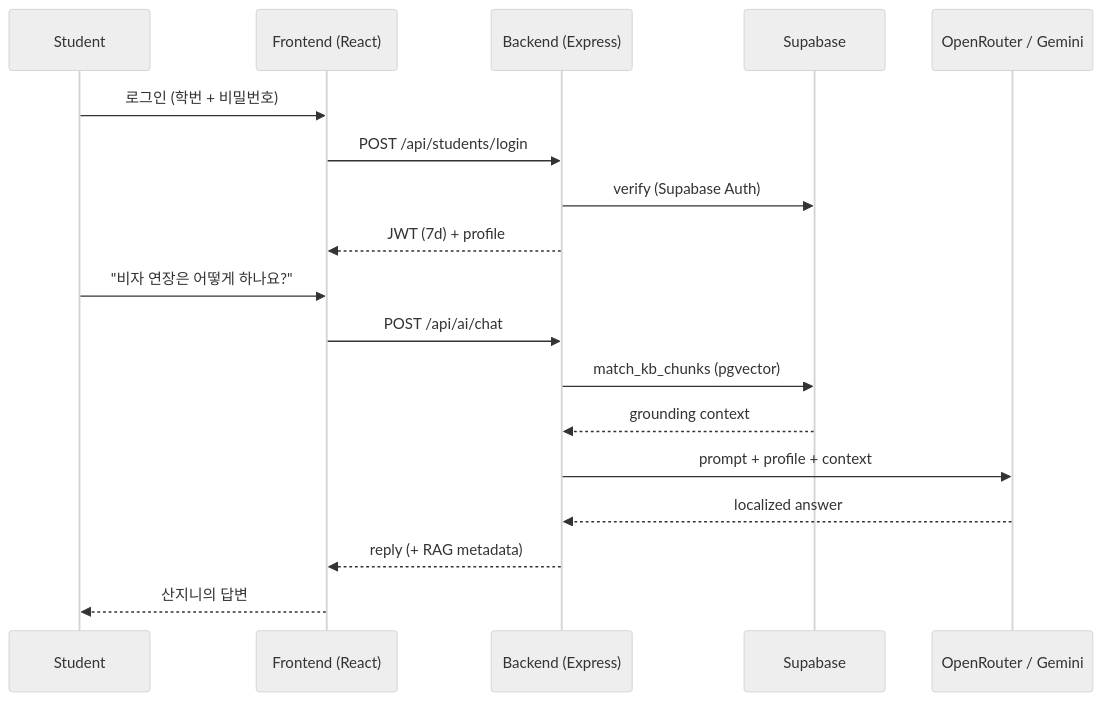
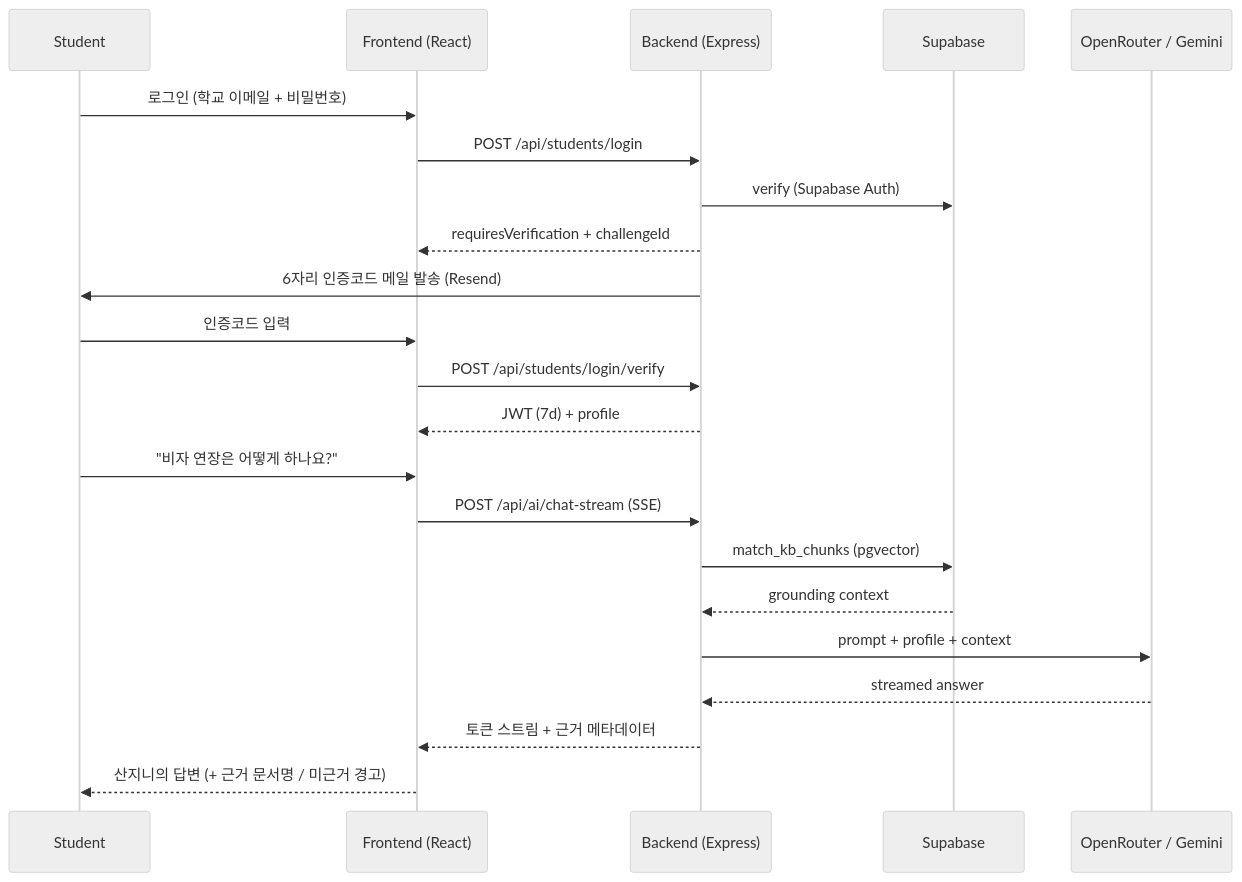
The third of 3 diagrams in README.md (Htet-Kaung-San/omo-korea), drawn with Mermaid (neutral theme) before and after one commit. The commit also changed other lines of this file and 2 other files, not shown here.

````diff
--- a/README.md
+++ b/README.md
@@ -141,21 +227,25 @@
 ```mermaid
 sequenceDiagram
     participant S as Student
     participant F as Frontend (React)
     participant B as Backend (Express)
     participant DB as Supabase
     participant AI as OpenRouter / Gemini
 
-    S->>F: 로그인 (학번 + 비밀번호)
+    S->>F: 로그인 (학교 이메일 + 비밀번호)
     F->>B: POST /api/students/login
     B->>DB: verify (Supabase Auth)
+    B-->>F: requiresVerification + challengeId
+    B->>S: 6자리 인증코드 메일 발송 (Resend)
+    S->>F: 인증코드 입력
+    F->>B: POST /api/students/login/verify
     B-->>F: JWT (7d) + profile
     S->>F: "비자 연장은 어떻게 하나요?"
-    F->>B: POST /api/ai/chat
+    F->>B: POST /api/ai/chat-stream (SSE)
     B->>DB: match_kb_chunks (pgvector)
     DB-->>B: grounding context
     B->>AI: prompt + profile + context
-    AI-->>B: localized answer
-    B-->>F: reply (+ RAG metadata)
-    F-->>S: 산지니의 답변
+    AI-->>B: streamed answer
+    B-->>F: 토큰 스트림 + 근거 메타데이터
+    F-->>S: 산지니의 답변 (+ 근거 문서명 / 미근거 경고)
 ```
````
